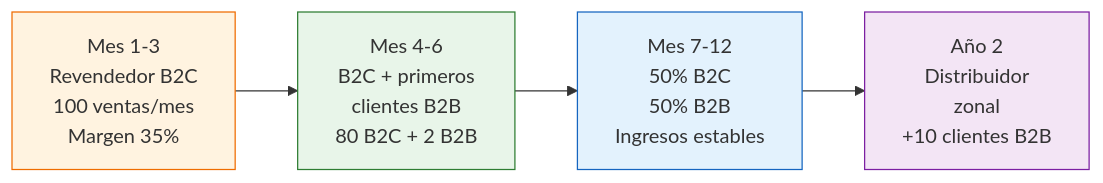
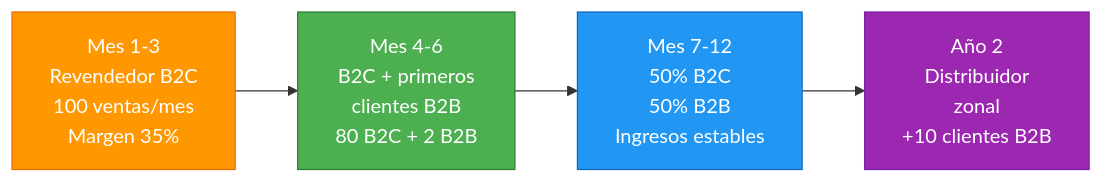
One commit to barrosignacioezequiel-coder/docs changed the second of 2 diagrams in app/paso1-argentina/empezar-de-cero/venta-b2b-distribucion.mdx. Above: the diagram before and after it, drawn with Mermaid. The commit also changed other lines of this file and 66 other files, not shown here.

First line of the commit message:
fix: resolve Mermaid v11 numbered list errors + improve contrast

````diff
--- a/app/paso1-argentina/empezar-de-cero/venta-b2b-distribucion.mdx
+++ b/app/paso1-argentina/empezar-de-cero/venta-b2b-distribucion.mdx
@@ -153,11 +153,11 @@
 ```mermaid
 graph LR
     A["Mes 1-3<br/>Revendedor B2C<br/>100 ventas/mes<br/>Margen 35%"] --> B["Mes 4-6<br/>B2C + primeros<br/>clientes B2B<br/>80 B2C + 2 B2B"]
     B --> C["Mes 7-12<br/>50% B2C<br/>50% B2B<br/>Ingresos estables"]
     C --> D["Año 2<br/>Distribuidor<br/>zonal<br/>+10 clientes B2B"]
 
-    style A fill:#fff3e0,stroke:#ef6c00
-    style B fill:#e8f5e9,stroke:#2e7d32
-    style C fill:#e3f2fd,stroke:#1565c0
-    style D fill:#f3e5f5,stroke:#7b1fa2
+    style A fill:#ff9800,stroke:#ef6c00,color:#fff
+    style B fill:#4caf50,stroke:#2e7d32,color:#fff
+    style C fill:#2196f3,stroke:#1565c0,color:#fff
+    style D fill:#9c27b0,stroke:#7b1fa2,color:#fff
 ```
````
